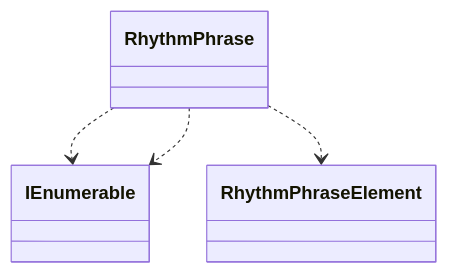
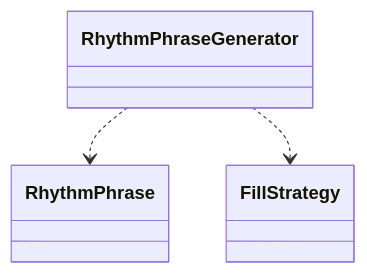
Diagram 29 of 39 in test/test.md (schnock-art/project_inspector), drawn with Mermaid before and after one commit. The commit also changed other lines of this file and 3 other files, not shown here.

````diff
--- a/test/test.md
+++ b/test/test.md
@@ -499,6 +551,5 @@
 ```mermaid
 classDiagram
-RhythmPhrase ..> IEnumerable
-RhythmPhrase ..> IEnumerable
-RhythmPhrase ..> RhythmPhraseElement
+RhythmPhraseGenerator ..> RhythmPhrase
+RhythmPhraseGenerator ..> FillStrategy
 ```
````
